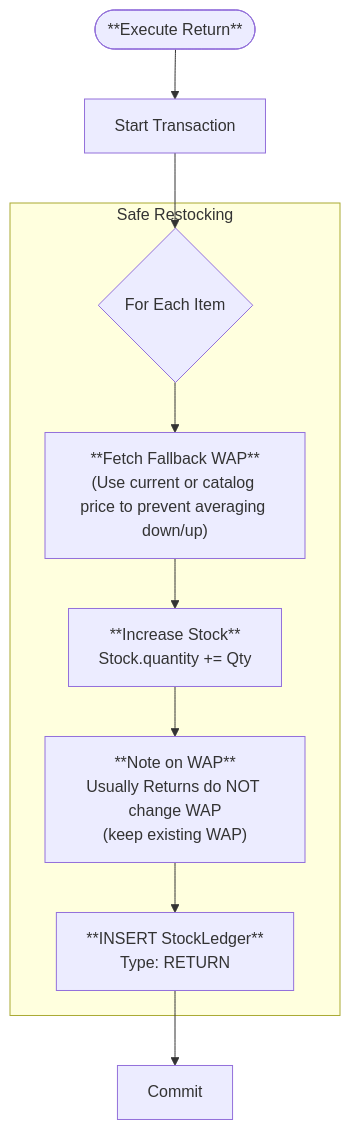
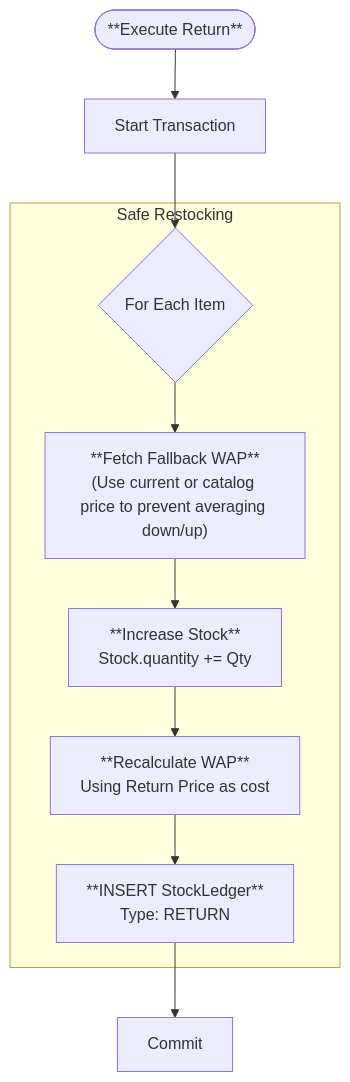
The sixth of 8 diagrams in docs/services/document-return-methods.md (joldibaev/trade3-nestjs), drawn with Mermaid before and after one commit. The commit also changed 22 other files, not shown here.

Commit message:
feat: stock ledger is append-only

````diff
--- a/docs/services/document-return-methods.md
+++ b/docs/services/document-return-methods.md
@@ -74,18 +74,18 @@
 ```mermaid
 flowchart TD
     Start(["**Execute Return**"]) --> Tx[Start Transaction]
     
     Tx --> Loop{For Each Item}
     
     subgraph "Safe Restocking"
         Loop --> GetWap["**Fetch Fallback WAP**<br/>(Use current or catalog price to prevent averaging down/up)"]
         
         GetWap --> Incr["**Increase Stock**<br/>Stock.quantity += Qty"]
         
-        Incr --> Note["**Note on WAP**<br/>Usually Returns do NOT change WAP<br/>(keep existing WAP)"]
+        Incr --> Calc["**Recalculate WAP**<br/>Using Return Price as cost"]
         
-        Note --> Log["**INSERT StockLedger**<br/>Type: RETURN"]
+        Calc --> Log["**INSERT StockLedger**<br/>Type: RETURN"]
     end
     
     Log --> Commit
 ```
````
